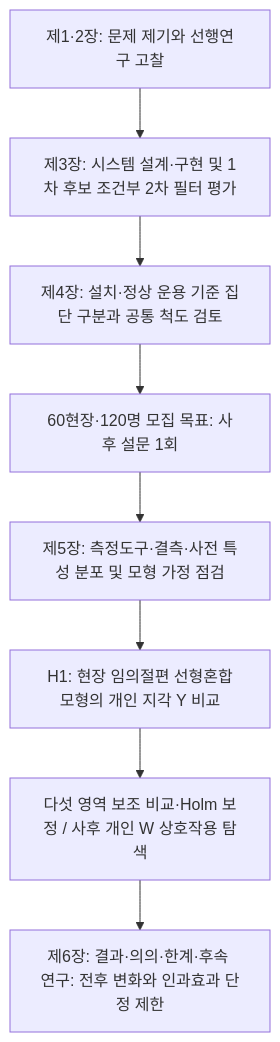
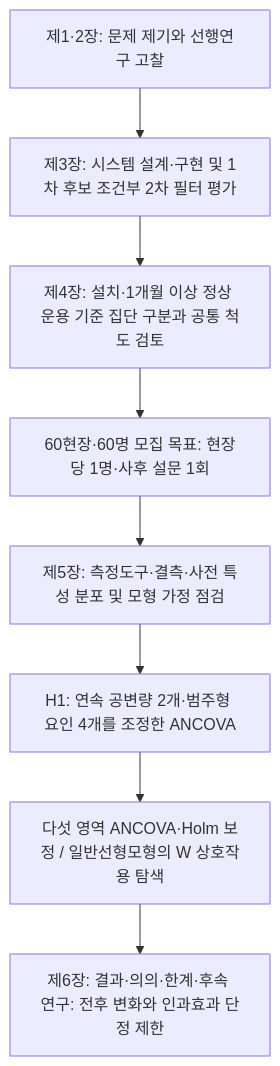
Before and after one commit to yoonhyuk12/ggthesis: the diagram in 01.docs/01_서론.md, drawn with Mermaid. The commit also changed other lines of this file and 105 other files, not shown here.

````diff
--- a/01.docs/01_서론.md
+++ b/01.docs/01_서론.md
@@ -49,10 +53,10 @@
 ```mermaid
 flowchart TD
   A["제1·2장: 문제 제기와 선행연구 고찰"] --> B["제3장: 시스템 설계·구현 및 1차 후보 조건부 2차 필터 평가"]
-  B --> C["제4장: 설치·정상 운용 기준 집단 구분과 공통 척도 검토"]
-  C --> D["60현장·120명 모집 목표: 사후 설문 1회"]
+  B --> C["제4장: 설치·1개월 이상 정상 운용 기준 집단 구분과 공통 척도 검토"]
+  C --> D["60현장·60명 모집 목표: 현장당 1명·사후 설문 1회"]
   D --> E["제5장: 측정도구·결측·사전 특성 분포 및 모형 가정 점검"]
-  E --> F["H1: 현장 임의절편 선형혼합모형의 개인 지각 Y 비교"]
-  F --> G["다섯 영역 보조 비교·Holm 보정 / 사후 개인 W 상호작용 탐색"]
+  E --> F["H1: 연속 공변량 2개·범주형 요인 4개를 조정한 ANCOVA"]
+  F --> G["다섯 영역 ANCOVA·Holm 보정 / 일반선형모형의 W 상호작용 탐색"]
   G --> H["제6장: 결과·의의·한계·후속 연구: 전후 변화와 인과효과 단정 제한"]
 ```
````
